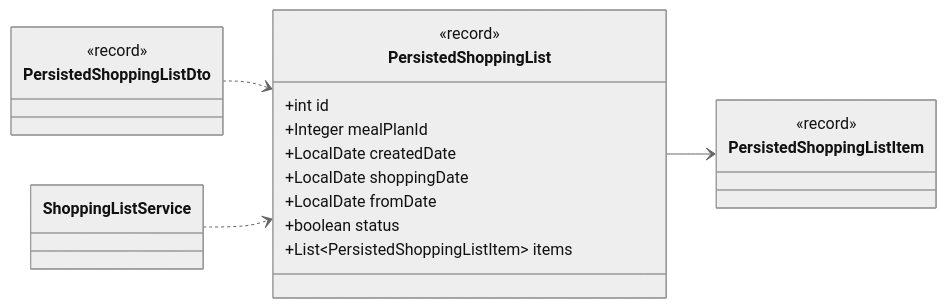
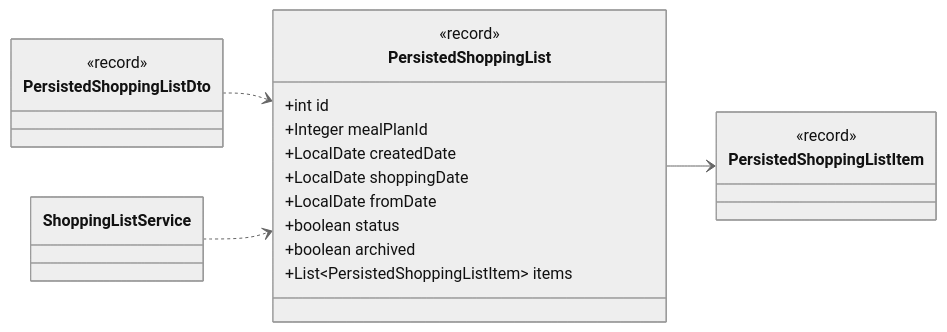
One commit to Nate-ryan-7690/dahaem changed the fourth of 16 diagrams in docs/classes/shopping.md. Above: the diagram before and after it, drawn with Mermaid (neutral theme). The commit also changed other lines of this file and 4 other files, not shown here.

````diff
--- a/docs/classes/shopping.md
+++ b/docs/classes/shopping.md
@@ -153,24 +153,25 @@
 ```mermaid
 classDiagram
     direction LR
     class shopping_PersistedShoppingList["PersistedShoppingList"] {
         <<record>>
         +int id
         +Integer mealPlanId
         +LocalDate createdDate
         +LocalDate shoppingDate
         +LocalDate fromDate
         +boolean status
+        +boolean archived
         +List~PersistedShoppingListItem~ items
     }
     class shopping_PersistedShoppingListItem["PersistedShoppingListItem"] {
         <<record>>
     }
     class api_PersistedShoppingListDto["PersistedShoppingListDto"] {
         <<record>>
     }
     class shopping_ShoppingListService["ShoppingListService"]
     shopping_PersistedShoppingList --> shopping_PersistedShoppingListItem
     api_PersistedShoppingListDto ..> shopping_PersistedShoppingList
     shopping_ShoppingListService ..> shopping_PersistedShoppingList
 ```
````
